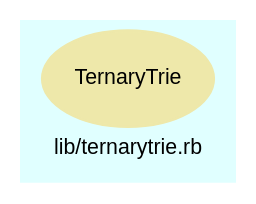
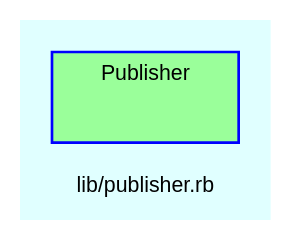
One commit to Tyche/teensymud changed the diagram in doc/dot/f_6.dot. Above: the diagram before and after it, drawn with Graphviz. The commit also changed 233 other files, not shown here.

```diff
--- a/doc/dot/f_6.dot
+++ b/doc/dot/f_6.dot
@@ -1,22 +1,29 @@
 digraph TopLevel {
     compound = true
     bgcolor = lightcyan1
     fontname = Arial
     fontsize = 8
-    label = "lib/ternarytrie.rb"
+    label = "lib/publisher.rb"
     node [
         fontname = Arial,
         fontsize = 8,
         color = black
     ]
 
-    TernaryTrie [
-        fontcolor = black,
-        URL = "classes/TernaryTrie.html",
-        shape = ellipse,
-        color = palegoldenrod,
-        style = filled,
-        label = "TernaryTrie"
-    ]
+    subgraph cluster_Publisher {
+        fillcolor = palegreen1
+        URL = "classes/Publisher.html"
+        fontname = Arial
+        color = blue
+        label = "Publisher"
+        style = filled
+        Publisher [
+            shape = plaintext,
+            height = 0.01,
+            width = 0.75,
+            label = ""
+        ]
+
+    }
 
 }
```
